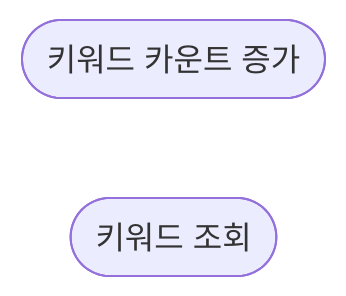
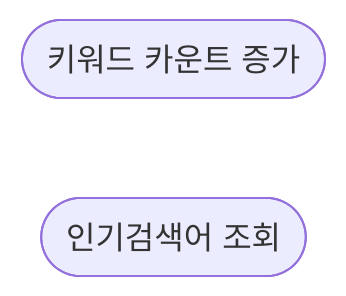
The first of 2 diagrams in src/main/java/com/koc/keyword/keyword.usecase.md (cbnu12/koc-new), drawn with Mermaid before and after one commit. The commit also changed other lines of this file and 13 other files, not shown here.

````diff
--- a/src/main/java/com/koc/keyword/keyword.usecase.md
+++ b/src/main/java/com/koc/keyword/keyword.usecase.md
@@ -3,5 +3,5 @@
 ```mermaid
 flowchart LR
     A1([키워드 카운트 증가])
-    A2([키워드 조회])
+    A2([인기검색어 조회])
 ```
````
